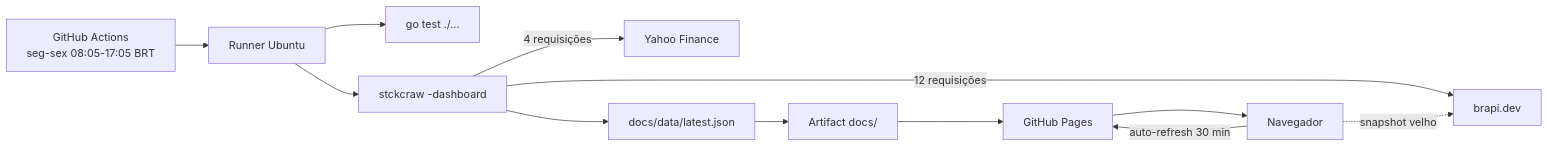
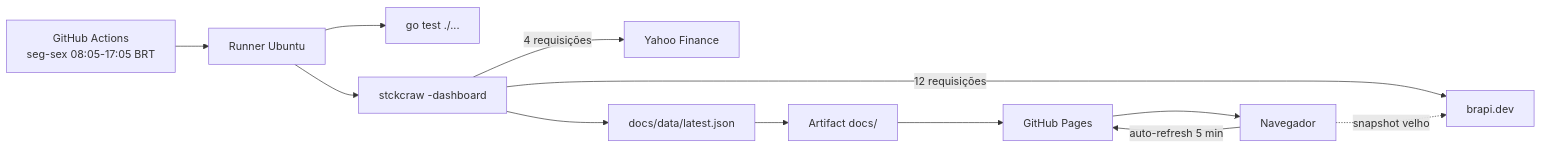
One commit to fabianoflorentino/stckcraw changed the diagram in README.md. Above: the diagram before and after it, drawn with Mermaid. The commit also changed other lines of this file and 2 other files, not shown here.

````diff
--- a/README.md
+++ b/README.md
@@ -27,14 +27,14 @@
 ```mermaid
 flowchart LR
   cron["GitHub Actions<br/>seg-sex 08:05-17:05 BRT"] --> runner["Runner Ubuntu"]
   runner --> test["go test ./..."]
   runner --> crawler["stckcraw -dashboard"]
   crawler -->|12 requisições| brapi["brapi.dev"]
   crawler -->|4 requisições| yahoo["Yahoo Finance"]
   crawler --> json["docs/data/latest.json"]
   json --> artifact["Artifact docs/"]
   artifact --> pages["GitHub Pages"]
   pages --> user["Navegador"]
-  user -->|auto-refresh 30 min| pages
+  user -->|auto-refresh 5 min| pages
   user -.->|snapshot velho| brapi
 ```
````
